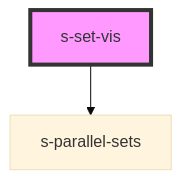
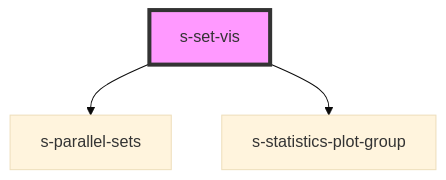
Before and after one commit to SeanWong24/set-vis: the diagram in src/components/s-set-vis/readme.md, drawn with Mermaid (base theme). The commit also changed other lines of this file and 7 other files, not shown here.

Commit message:
add s-statistis-plot-group

````diff
--- a/src/components/s-set-vis/readme.md
+++ b/src/components/s-set-vis/readme.md
@@ -23,5 +25,6 @@
 ```mermaid
 graph TD;
   s-set-vis --> s-parallel-sets
+  s-set-vis --> s-statistics-plot-group
   style s-set-vis fill:#f9f,stroke:#333,stroke-width:4px
 ```
````
